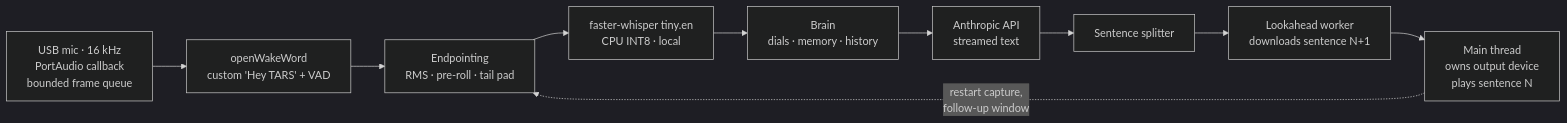
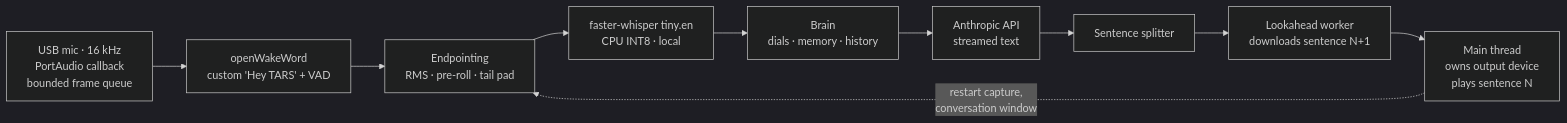
One commit to lucaformento/TARS changed the diagram in README.md. Above: the diagram before and after it, drawn with Mermaid (dark theme). The commit also changed other lines of this file and 11 other files, not shown here.

````diff
--- a/README.md
+++ b/README.md
@@ -18,12 +18,12 @@
 ```mermaid
 flowchart LR
     mic["USB mic · 16 kHz<br/>PortAudio callback<br/>bounded frame queue"] --> wake["openWakeWord<br/>custom 'Hey TARS' + VAD"]
     wake --> cap["Endpointing<br/>RMS · pre-roll · tail pad"]
     cap --> stt["faster-whisper tiny.en<br/>CPU INT8 · local"]
     stt --> brain["Brain<br/>dials · memory · history"]
     brain --> llm["Anthropic API<br/>streamed text"]
     llm --> split["Sentence splitter"]
     split --> worker["Lookahead worker<br/>downloads sentence N+1"]
     worker --> play["Main thread<br/>owns output device<br/>plays sentence N"]
-    play -. "restart capture,<br/>follow-up window" .-> cap
+    play -. "restart capture,<br/>conversation window" .-> cap
 ```
````
